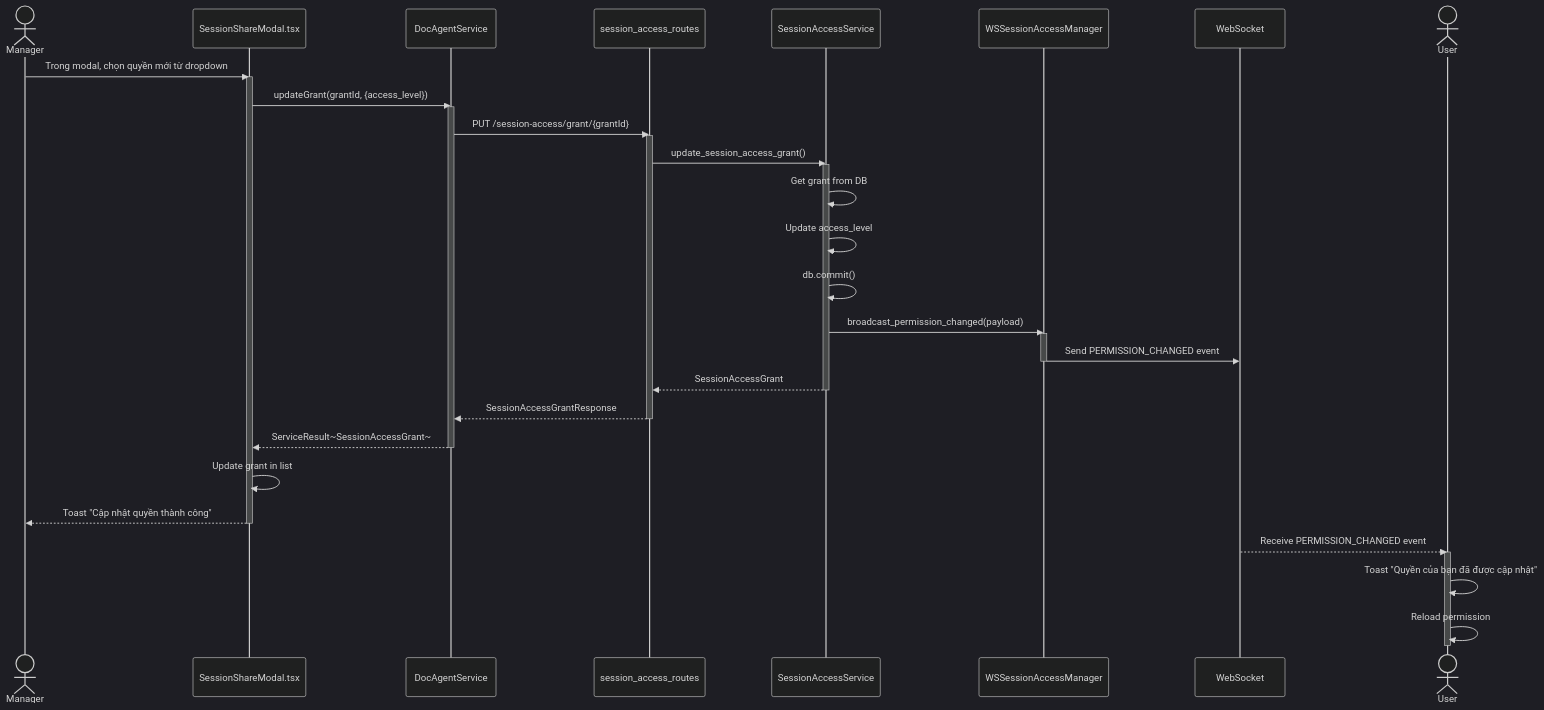
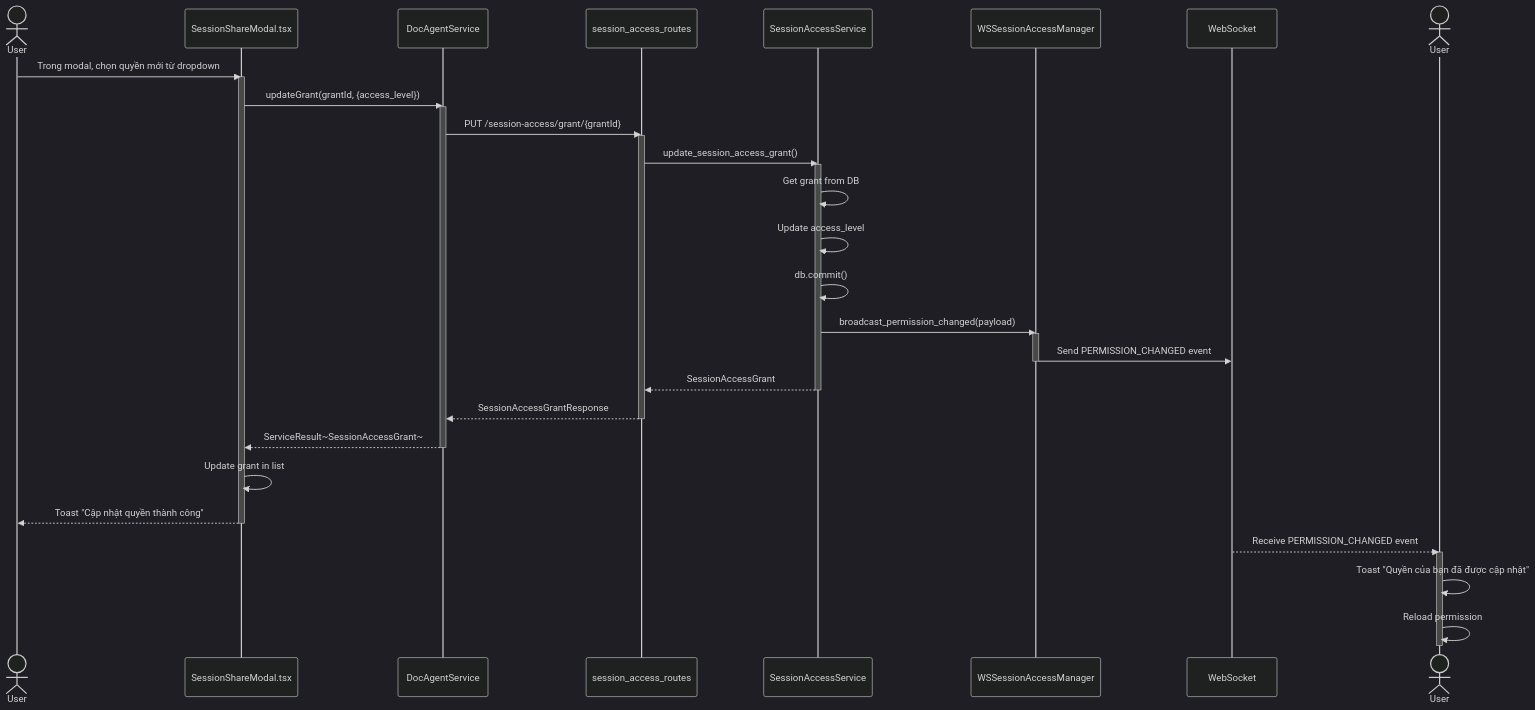
Before and after one commit to mduc-2610/gp_doc: the second of 9 diagrams in session_access/4_session_access_seq.md, drawn with Mermaid (dark theme). The commit also changed other lines of this file and 10 other files, not shown here.

````diff
--- a/session_access/4_session_access_seq.md
+++ b/session_access/4_session_access_seq.md
@@ -85,47 +105,47 @@
 ```mermaid
 sequenceDiagram
-    actor Manager
+    actor User1 as User
     participant ShareModal as SessionShareModal.tsx
     participant DocAgentService as DocAgentService
     participant SessionAccessRoutes as session_access_routes
     participant SessionAccessService as SessionAccessService
     participant WSManager as WSSessionAccessManager
     participant WebSocket as WebSocket
-    actor User
+    actor User2 as User
 
-    Manager->>ShareModal: Trong modal, chọn quyền mới từ dropdown
+    User1->>ShareModal: Trong modal, chọn quyền mới từ dropdown
     activate ShareModal
     
     ShareModal->>DocAgentService: updateGrant(grantId, {access_level})
     activate DocAgentService
     DocAgentService->>SessionAccessRoutes: PUT /session-access/grant/{grantId}
     activate SessionAccessRoutes
     SessionAccessRoutes->>SessionAccessService: update_session_access_grant()
     activate SessionAccessService
     
     SessionAccessService->>SessionAccessService: Get grant from DB
     SessionAccessService->>SessionAccessService: Update access_level
     SessionAccessService->>SessionAccessService: db.commit()
     
     SessionAccessService->>WSManager: broadcast_permission_changed(payload)
     activate WSManager
     WSManager->>WebSocket: Send PERMISSION_CHANGED event
     deactivate WSManager
     
     SessionAccessService-->>SessionAccessRoutes: SessionAccessGrant
     deactivate SessionAccessService
     SessionAccessRoutes-->>DocAgentService: SessionAccessGrantResponse
     deactivate SessionAccessRoutes
     DocAgentService-->>ShareModal: ServiceResult~SessionAccessGrant~
     deactivate DocAgentService
     
     ShareModal->>ShareModal: Update grant in list
-    ShareModal-->>Manager: Toast "Cập nhật quyền thành công"
+    ShareModal-->>User1: Toast "Cập nhật quyền thành công"
     deactivate ShareModal
     
-    WebSocket-->>User: Receive PERMISSION_CHANGED event
-    activate User
-    User->>User: Toast "Quyền của bạn đã được cập nhật"
-    User->>User: Reload permission
-    deactivate User
+    WebSocket-->>User2: Receive PERMISSION_CHANGED event
+    activate User2
+    User2->>User2: Toast "Quyền của bạn đã được cập nhật"
+    User2->>User2: Reload permission
+    deactivate User2
 ```
````
